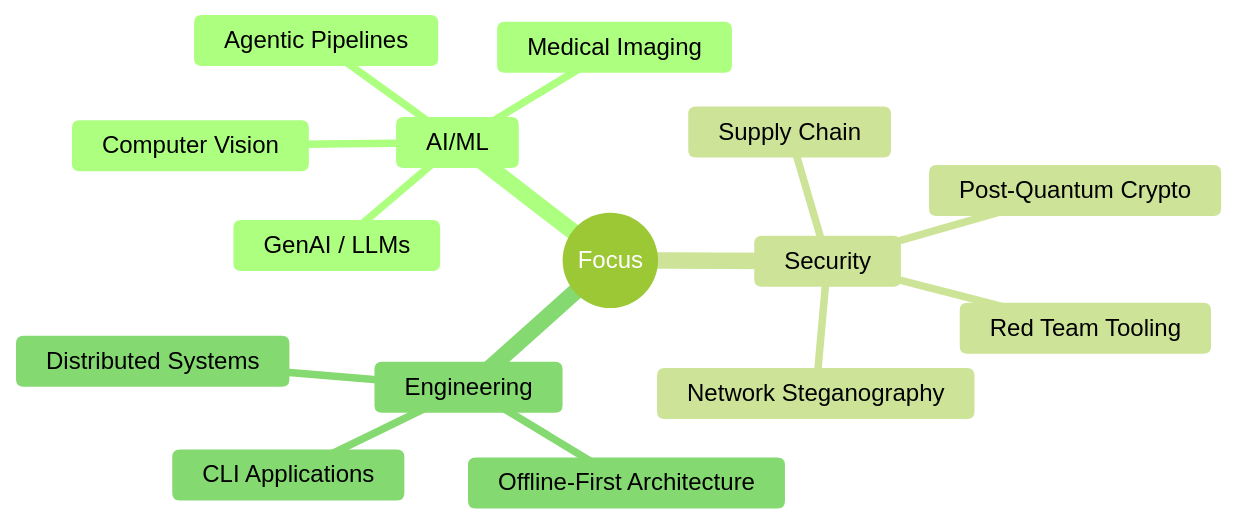
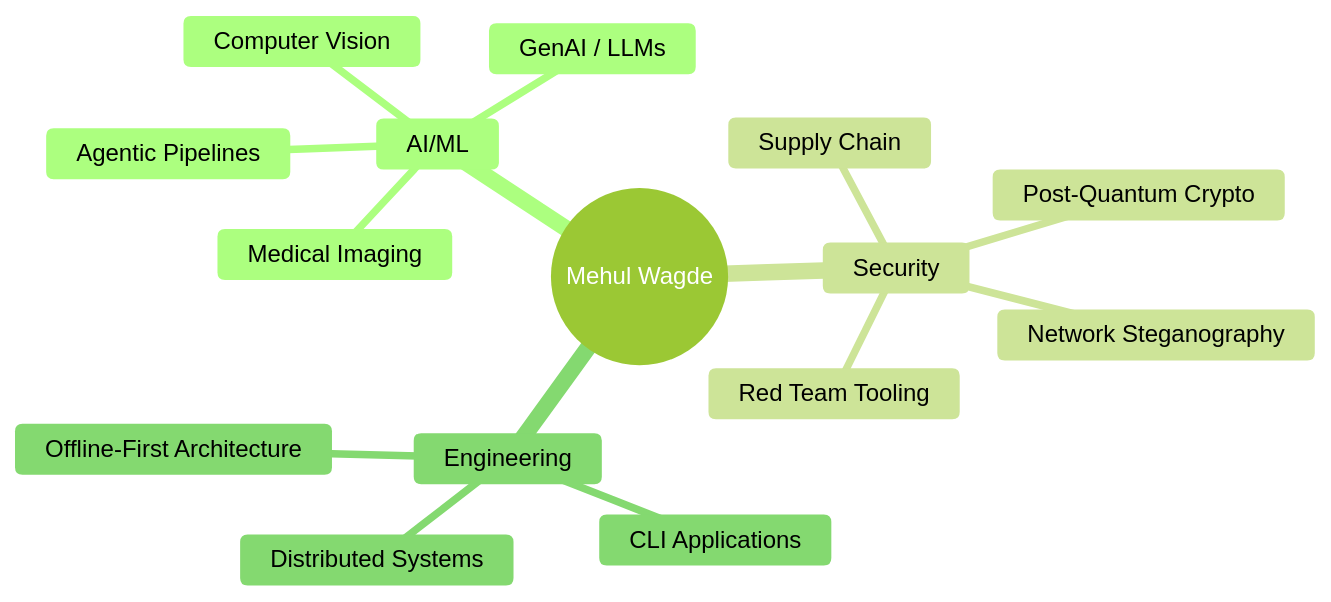
One commit to YoinkingFishy/YoinkingFishy changed the diagram in README.md. Above: the diagram before and after it, drawn with Mermaid (forest theme). The commit also changed other lines of this file, not shown here.

Commit message:
Clean minimal profile - removed capsules/typing, kept mermaid mindmap with name as center, clean stats, featured projects table

````diff
--- a/README.md
+++ b/README.md
@@ -17,18 +9,18 @@
 ```mermaid
 mindmap
-  root((Focus))
+  root((Mehul Wagde))
     AI/ML
       Agentic Pipelines
       Computer Vision
       GenAI / LLMs
       Medical Imaging
     Security
       Red Team Tooling
       Supply Chain
       Post-Quantum Crypto
       Network Steganography
     Engineering
       CLI Applications
       Distributed Systems
       Offline-First Architecture
 ```
````
